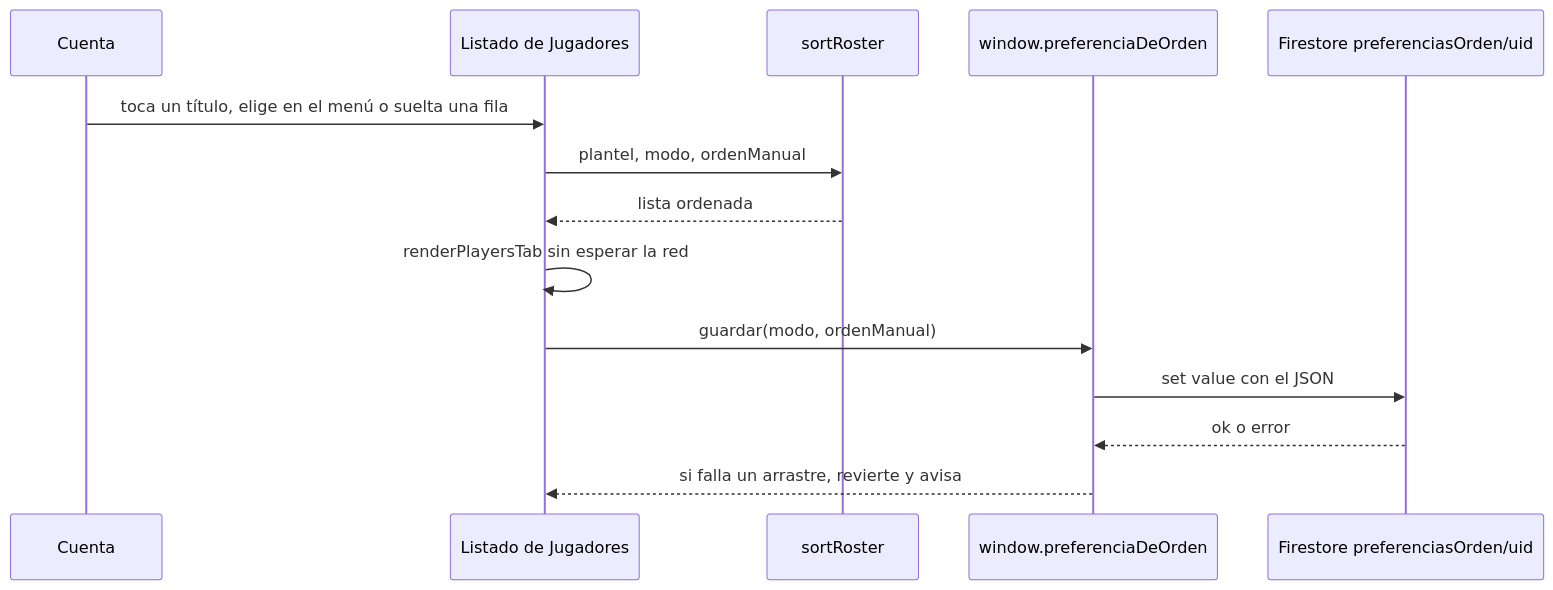
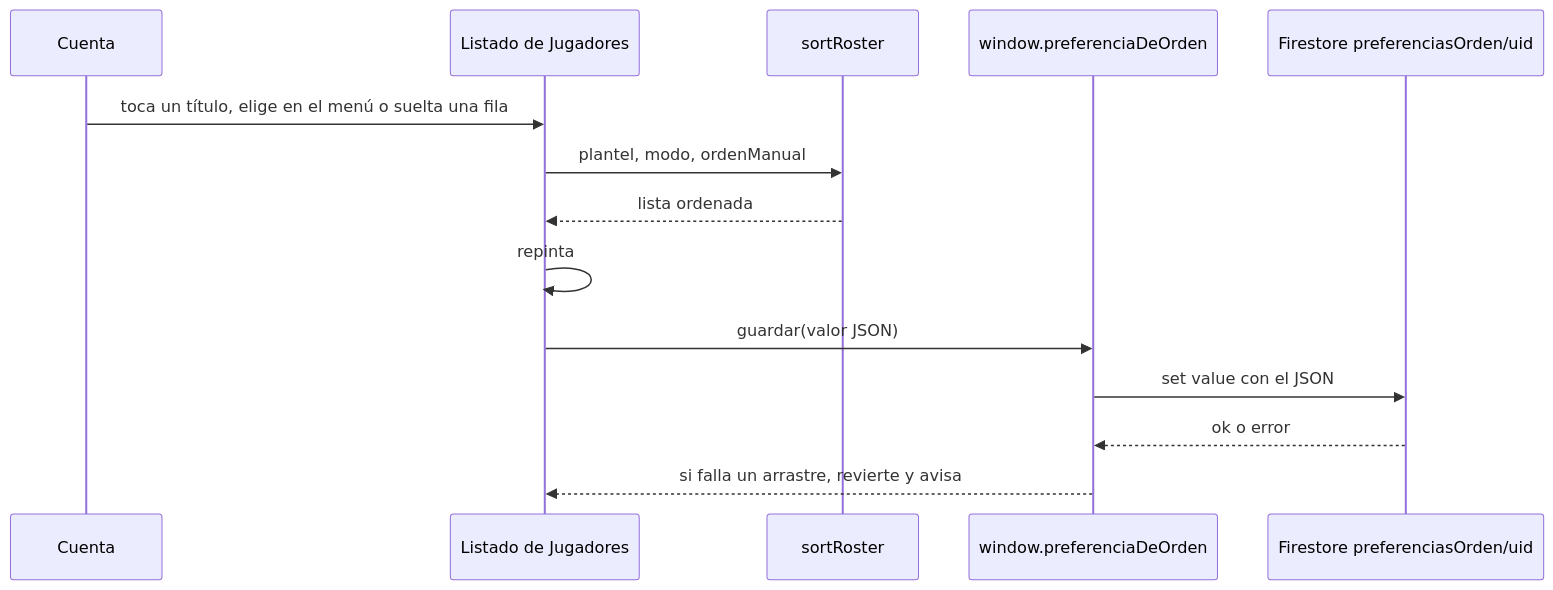
The first of 2 diagrams in docs/orden-por-columnas/ORDEN_POR_COLUMNAS_IMPLEMENTATION_PLAN.md (sirlucman/organizador-futbol), drawn with Mermaid before and after one commit. The commit also changed other lines of this file, not shown here.

First line of the commit message:
docs(orden-por-columnas): incorpora la crítica al plan

````diff
--- a/docs/orden-por-columnas/ORDEN_POR_COLUMNAS_IMPLEMENTATION_PLAN.md
+++ b/docs/orden-por-columnas/ORDEN_POR_COLUMNAS_IMPLEMENTATION_PLAN.md
@@ -54,16 +54,16 @@
 ```mermaid
 sequenceDiagram
   participant U as Cuenta
   participant L as Listado de Jugadores
   participant O as sortRoster
   participant P as window.preferenciaDeOrden
   participant F as Firestore preferenciasOrden/uid
   U->>L: toca un título, elige en el menú o suelta una fila
   L->>O: plantel, modo, ordenManual
   O-->>L: lista ordenada
-  L->>L: renderPlayersTab sin esperar la red
-  L->>P: guardar(modo, ordenManual)
+  L->>L: repinta
+  L->>P: guardar(valor JSON)
   P->>F: set value con el JSON
   F-->>P: ok o error
   P-->>L: si falla un arrastre, revierte y avisa
 ```
````
